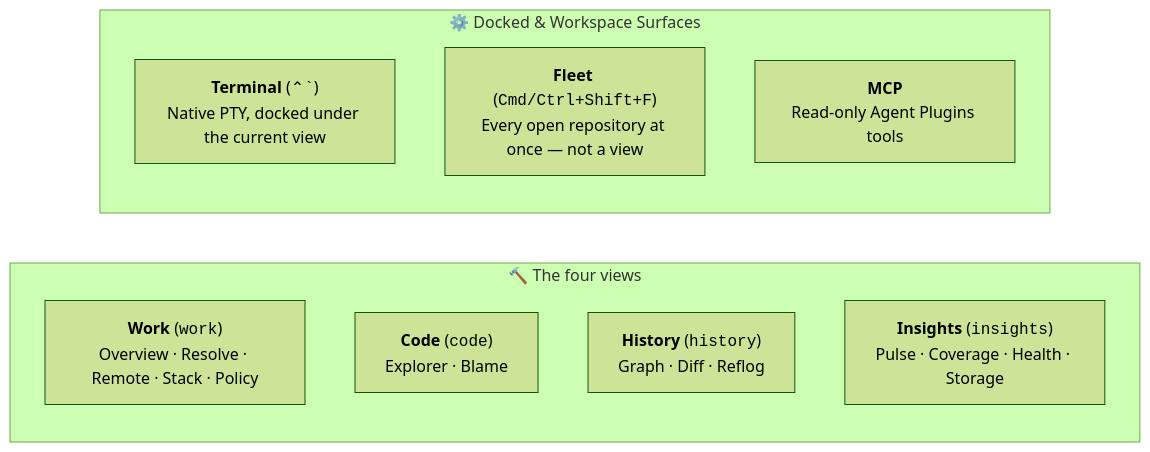
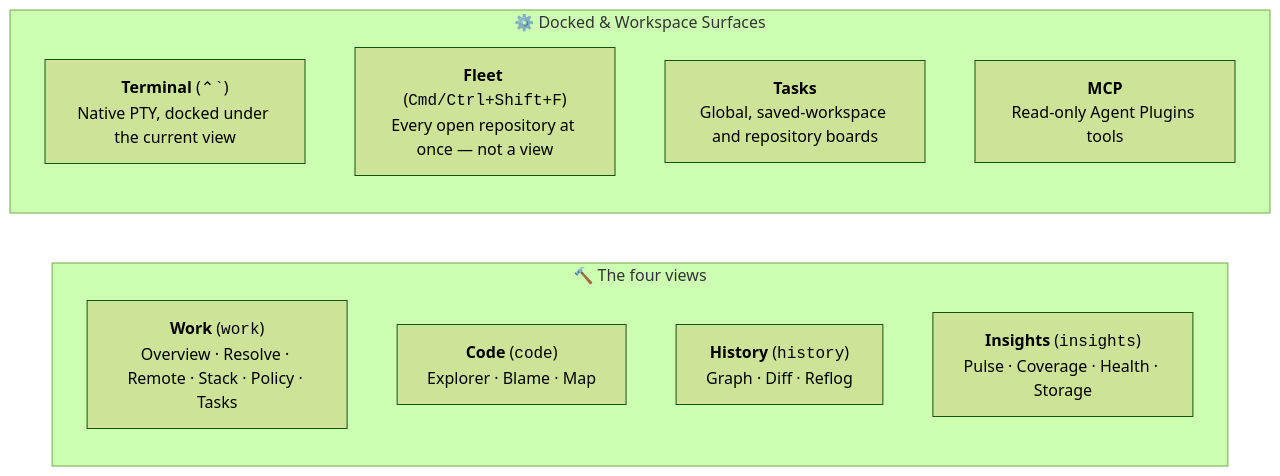
One commit to bharathvbcr/GitPulse changed the second of 4 diagrams in README.md. Above: the diagram before and after it, drawn with Mermaid (forest theme). The commit also changed other lines of this file and 23 other files, not shown here.

Commit message:
docs: refresh task workflows, architecture, and contributor guidance

````diff
--- a/README.md
+++ b/README.md
@@ -96,15 +98,16 @@
 ```mermaid
 flowchart LR
     subgraph Views["🔨 The four views"]
-        WorkTab["<b>Work</b> (<code>work</code>)<br/>Overview · Resolve · Remote · Stack · Policy"]
-        Code["<b>Code</b> (<code>code</code>)<br/>Explorer · Blame"]
+        WorkTab["<b>Work</b> (<code>work</code>)<br/>Overview · Resolve · Remote · Stack · Policy · Tasks"]
+        Code["<b>Code</b> (<code>code</code>)<br/>Explorer · Blame · Map"]
         History["<b>History</b> (<code>history</code>)<br/>Graph · Diff · Reflog"]
         Insights["<b>Insights</b> (<code>insights</code>)<br/>Pulse · Coverage · Health · Storage"]
     end
 
     subgraph Docked["⚙️ Docked & Workspace Surfaces"]
         Terminal["<b>Terminal</b> (<code>⌃`</code>)<br/>Native PTY, docked under the current view"]
         Fleet["<b>Fleet</b> (<code>Cmd/Ctrl+Shift+F</code>)<br/>Every open repository at once — not a view"]
+        Tasks["<b>Tasks</b><br/>Global, saved-workspace and repository boards"]
         MCP["<b>MCP</b><br/>Read-only Agent Plugins tools"]
     end
 ```
````
